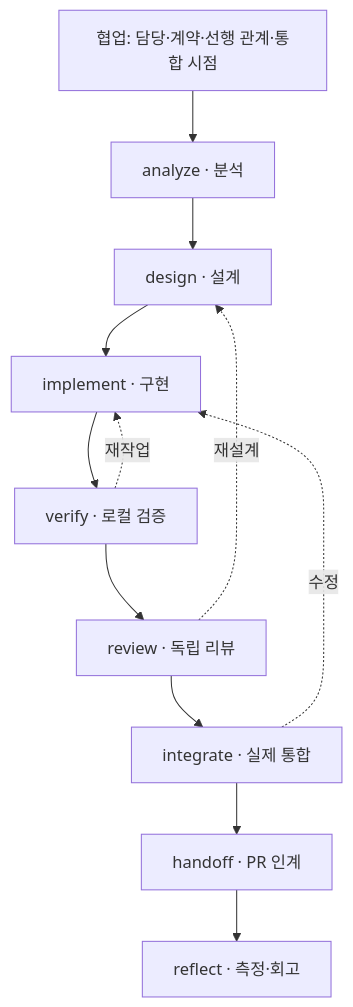
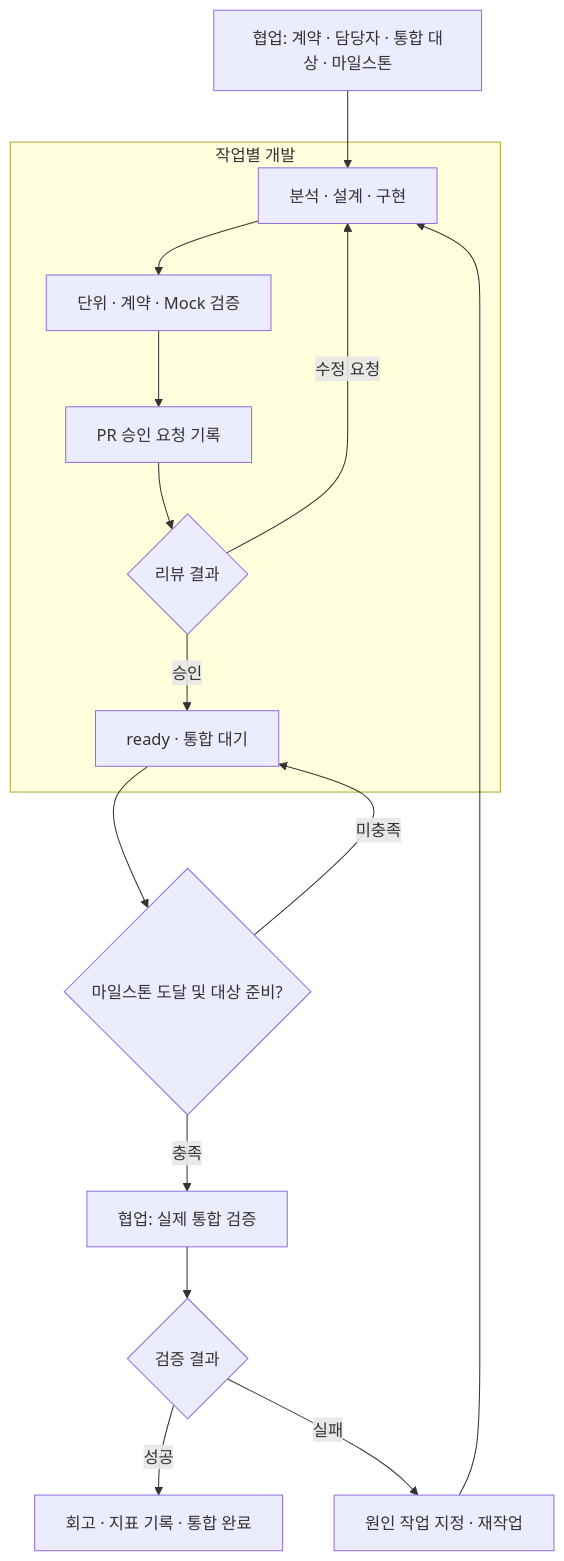
Before and after one commit to 00700lsm/agentic-rail: the diagram in docs/development-process.md, drawn with Mermaid. The commit also changed other lines of this file and 18 other files, not shown here.

Commit message:
v0.3.0 협업 마일스톤 통합과 Mock·PR 리뷰 개발 흐름 연결

````diff
--- a/docs/development-process.md
+++ b/docs/development-process.md
@@ -34,14 +28,18 @@
 ```mermaid
 flowchart TD
-    C["협업: 담당·계약·선행 관계·통합 시점"] --> A["analyze · 분석"]
-    A --> D["design · 설계"]
-    D --> I["implement · 구현"]
-    I --> V["verify · 로컬 검증"]
-    V --> R["review · 독립 리뷰"]
-    R --> T["integrate · 실제 통합"]
-    T --> H["handoff · PR 인계"]
-    H --> F["reflect · 측정·회고"]
-    V -. 재작업 .-> I
-    R -. 재설계 .-> D
-    T -. 수정 .-> I
+  A["협업: 계약 · 담당자 · 통합 대상 · 마일스톤"] --> B
+  subgraph D["작업별 개발"]
+    B["분석 · 설계 · 구현"] --> C["단위 · 계약 · Mock 검증"]
+    C --> R["PR 승인 요청 기록"]
+    R --> Q{"리뷰 결과"}
+    Q -->|수정 요청| B
+    Q -->|승인| W["ready · 통합 대기"]
+  end
+  W --> M{"마일스톤 도달 및 대상 준비?"}
+  M -->|충족| I["협업: 실제 통합 검증"]
+  M -->|미충족| W
+  I --> O{"검증 결과"}
+  O -->|성공| F["회고 · 지표 기록 · 통합 완료"]
+  O -->|실패| X["원인 작업 지정 · 재작업"]
+  X --> B
 ```
````
